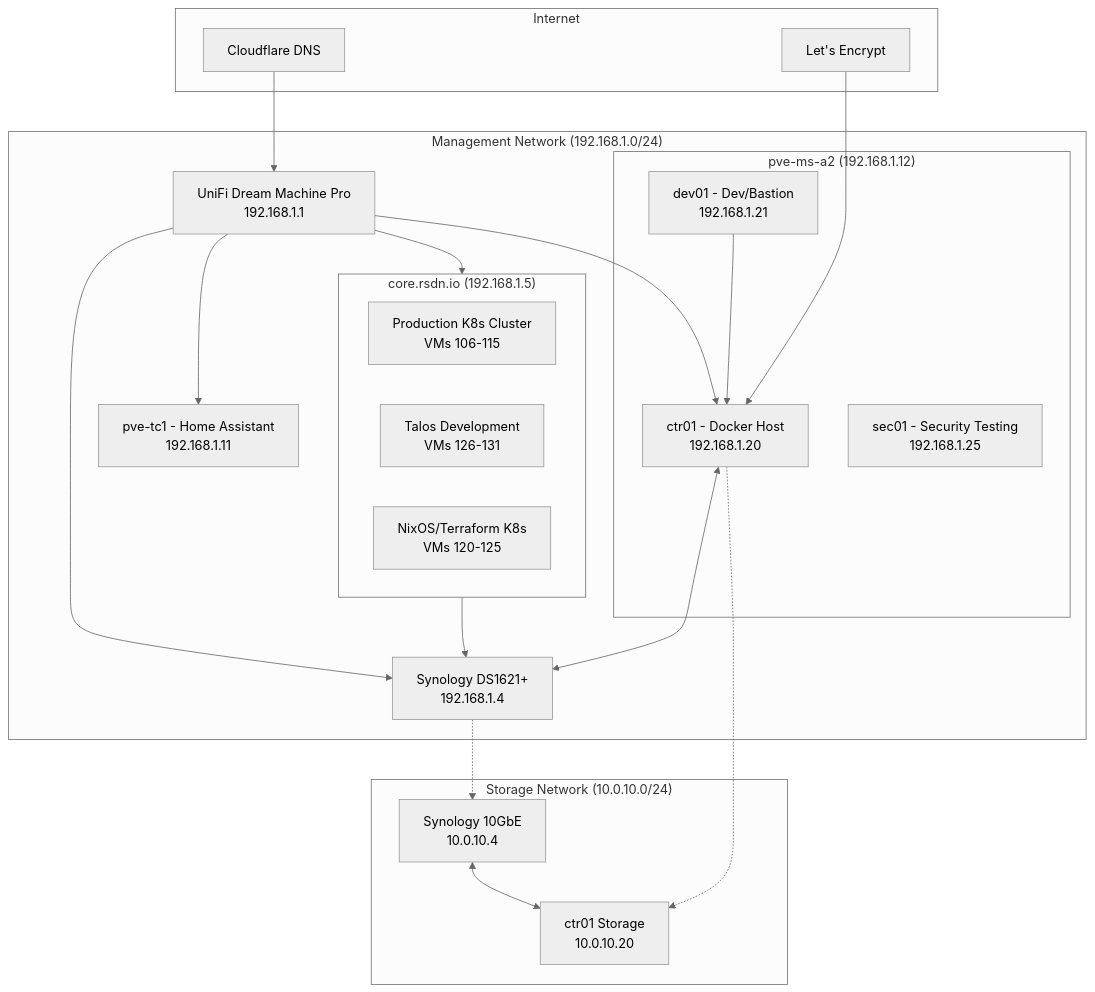
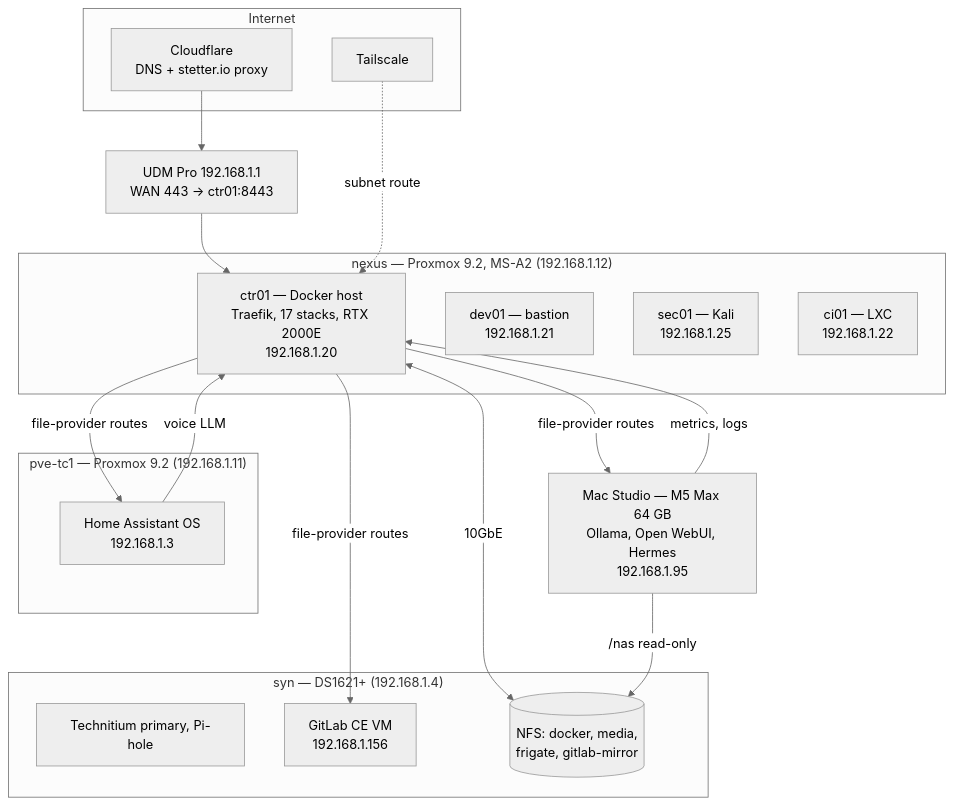
Before and after one commit to johnstetter/homelab-docs: the diagram in docs/architecture/index.md, drawn with Mermaid (neutral theme). The commit also changed other lines of this file and 3 other files, not shown here.

First line of the commit message:
docs(architecture): rewrite for nexus, Mac Studio and Traefik entrypoints

````diff
--- a/docs/architecture/index.md
+++ b/docs/architecture/index.md
@@ -15,48 +16,38 @@
 ```mermaid
 graph TB
     subgraph Internet
-        CF[Cloudflare DNS]
-        LE[Let's Encrypt]
+        CF[Cloudflare<br/>DNS + stetter.io proxy]
+        TS[Tailscale]
     end
 
-    subgraph Network["Management Network (192.168.1.0/24)"]
-        RTR[UniFi Dream Machine Pro<br/>192.168.1.1]
+    RTR[UDM Pro 192.168.1.1<br/>WAN 443 → ctr01:8443]
 
-        subgraph MS_A2["pve-ms-a2 (192.168.1.12)"]
-            CTR01[ctr01 - Docker Host<br/>192.168.1.20]
-            DEV01[dev01 - Dev/Bastion<br/>192.168.1.21]
-            SEC01[sec01 - Security Testing<br/>192.168.1.25]
-        end
-
-        subgraph CORE["core.rsdn.io (192.168.1.5)"]
-            K8S_PROD[Production K8s Cluster<br/>VMs 106-115]
-            TALOS_DEV[Talos Development<br/>VMs 126-131]
-            K8S_DEV[NixOS/Terraform K8s<br/>VMs 120-125]
-        end
-
-        SYN[Synology DS1621+<br/>192.168.1.4]
-        TC1[pve-tc1 - Home Assistant<br/>192.168.1.11]
+    subgraph NEXUS["nexus — Proxmox 9.2, MS-A2 (192.168.1.12)"]
+        CTR01[ctr01 — Docker host<br/>Traefik, 17 stacks, RTX 2000E<br/>192.168.1.20]
+        DEV01[dev01 — bastion<br/>192.168.1.21]
+        SEC01[sec01 — Kali<br/>192.168.1.25]
+        CI01[ci01 — LXC<br/>192.168.1.22]
     end
 
-    subgraph Storage["Storage Network (10.0.10.0/24)"]
-        SYN10G[Synology 10GbE<br/>10.0.10.4]
-        CTR01_10G[ctr01 Storage<br/>10.0.10.20]
+    STUDIO[Mac Studio — M5 Max 64 GB<br/>Ollama, Open WebUI, Hermes<br/>192.168.1.95]
+
+    subgraph TC1["pve-tc1 — Proxmox 9.2 (192.168.1.11)"]
+        HA[Home Assistant OS<br/>192.168.1.3]
     end
 
-    CF --> RTR
-    LE --> CTR01
-    RTR --> CTR01
-    RTR --> SYN
-    RTR --> TC1
-    RTR --> CORE
-    CTR01 <--> SYN
-    DEV01 --> CTR01
-    
-    %% 10GbE Storage Network
-    SYN10G <--> CTR01_10G
-    CTR01 -.-> CTR01_10G
-    SYN -.-> SYN10G
+    subgraph SYN["syn — DS1621+ (192.168.1.4)"]
+        DNS[Technitium primary, Pi-hole]
+        GL[GitLab CE VM<br/>192.168.1.156]
+        NFS[(NFS: docker, media,<br/>frigate, gitlab-mirror)]
+    end
 
-    %% K8s Clusters
-    CORE --> SYN
+    CF --> RTR --> CTR01
+    TS -.subnet route.-> CTR01
+    CTR01 -->|file-provider routes| STUDIO
+    CTR01 -->|file-provider routes| GL
+    CTR01 -->|file-provider routes| HA
+    HA -->|voice LLM| CTR01
+    CTR01 <-->|10GbE| NFS
+    STUDIO -->|/nas read-only| NFS
+    STUDIO -->|metrics, logs| CTR01
 ```
````
